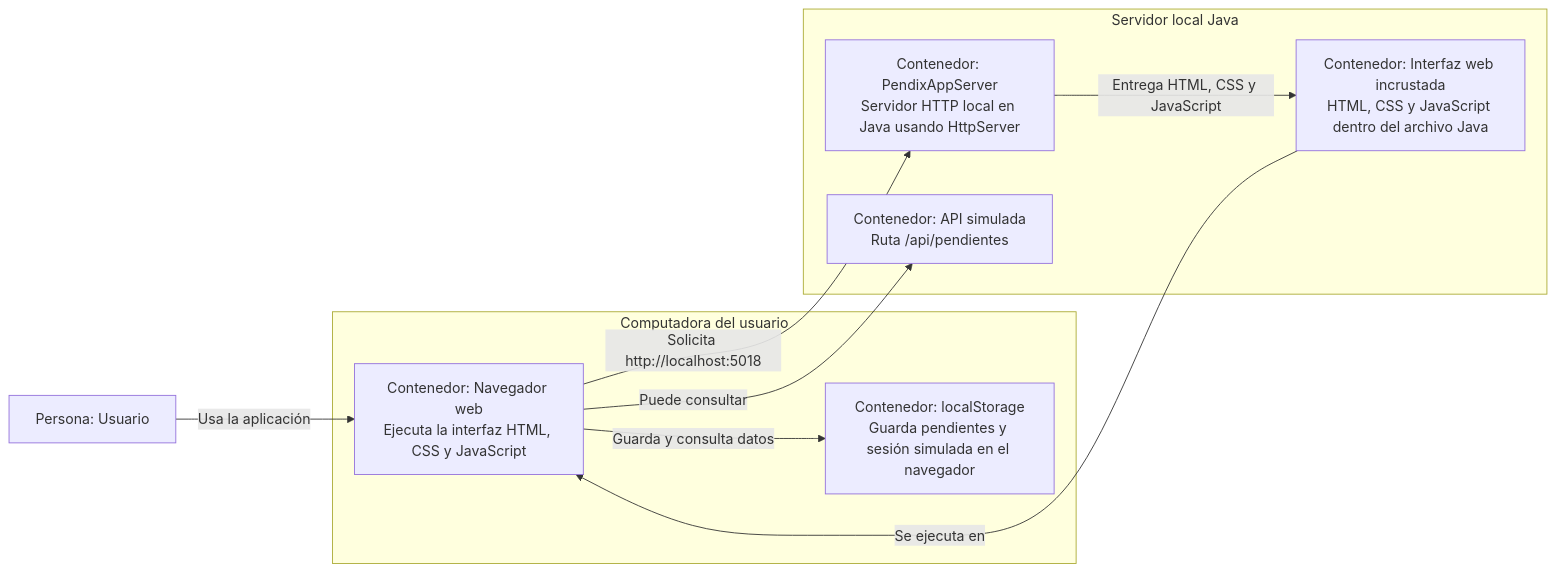
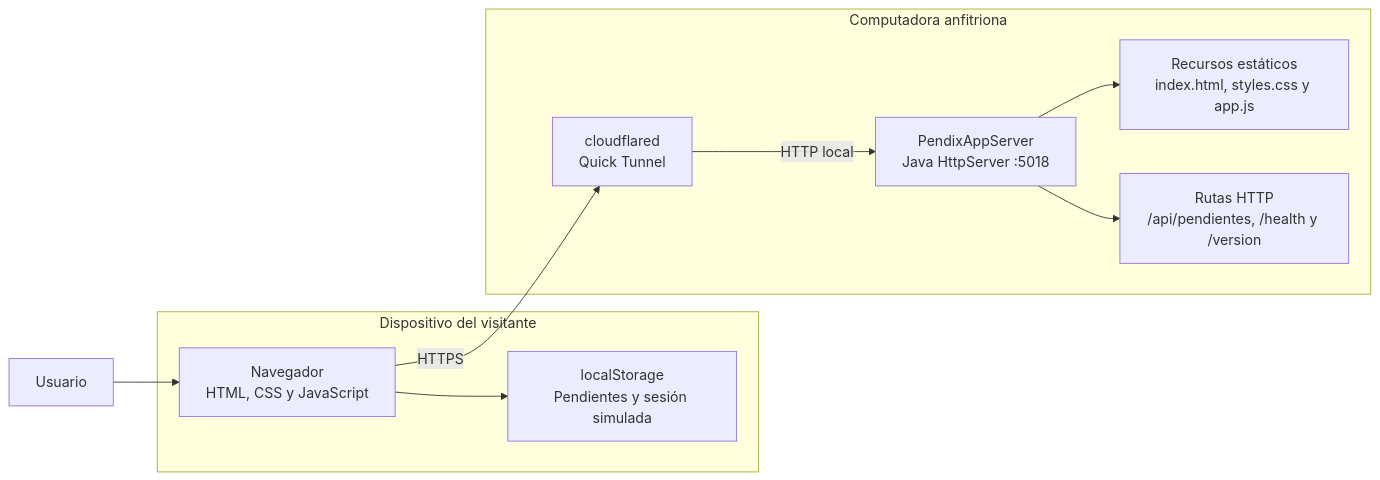
Before and after one commit to Angel-Lugo97/Proyecto_ArqSoft: the second of 3 diagrams in PendixAPP/docs/C4_PendixAPP.md, drawn with Mermaid. The commit also changed other lines of this file and 65 other files, not shown here.

````diff
--- a/PendixAPP/docs/C4_PendixAPP.md
+++ b/PendixAPP/docs/C4_PendixAPP.md
@@ -31,22 +17,23 @@
 ```mermaid
 flowchart LR
-    Usuario["Persona: Usuario"]
+    Usuario["Usuario"]
 
-    subgraph Dispositivo["Computadora del usuario"]
-        Navegador["Contenedor: Navegador web<br/>Ejecuta la interfaz HTML, CSS y JavaScript"]
-        LocalStorage["Contenedor: localStorage<br/>Guarda pendientes y sesión simulada en el navegador"]
+    subgraph DispositivoVisitante["Dispositivo del visitante"]
+        Navegador["Navegador<br/>HTML, CSS y JavaScript"]
+        LocalStorage["localStorage<br/>Pendientes y sesión simulada"]
     end
 
-    subgraph ServidorLocal["Servidor local Java"]
-        JavaServer["Contenedor: PendixAppServer<br/>Servidor HTTP local en Java usando HttpServer"]
-        HtmlApp["Contenedor: Interfaz web incrustada<br/>HTML, CSS y JavaScript dentro del archivo Java"]
-        ApiSimulada["Contenedor: API simulada<br/>Ruta /api/pendientes"]
+    subgraph ComputadoraLocal["Computadora anfitriona"]
+        Cloudflared["cloudflared<br/>Quick Tunnel"]
+        JavaServer["PendixAppServer<br/>Java HttpServer :5018"]
+        Recursos["Recursos estáticos<br/>index.html, styles.css y app.js"]
+        Api["Rutas HTTP<br/>/api/pendientes, /health y /version"]
     end
 
-    Usuario -->|"Usa la aplicación"| Navegador
-    Navegador -->|"Solicita http://localhost:5018"| JavaServer
-    JavaServer -->|"Entrega HTML, CSS y JavaScript"| HtmlApp
-    HtmlApp -->|"Se ejecuta en"| Navegador
-    Navegador -->|"Guarda y consulta datos"| LocalStorage
-    Navegador -->|"Puede consultar"| ApiSimulada
+    Usuario --> Navegador
+    Navegador -->|"HTTPS"| Cloudflared
+    Cloudflared -->|"HTTP local"| JavaServer
+    JavaServer --> Recursos
+    JavaServer --> Api
+    Navegador --> LocalStorage
 ```
````
